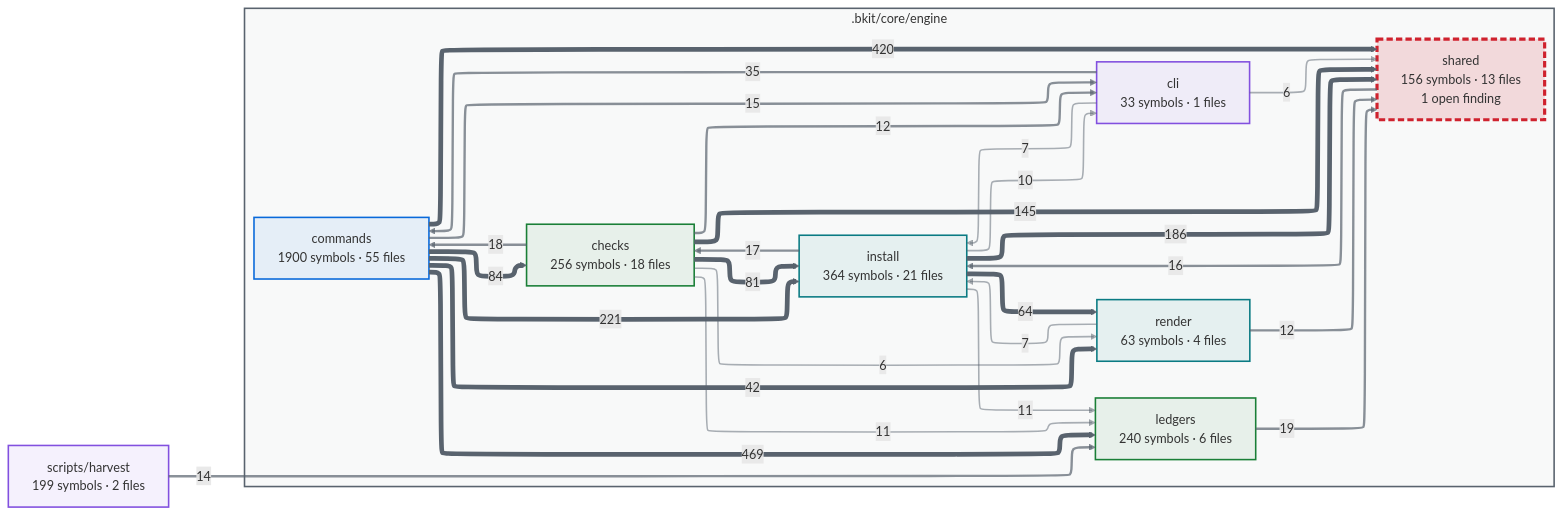
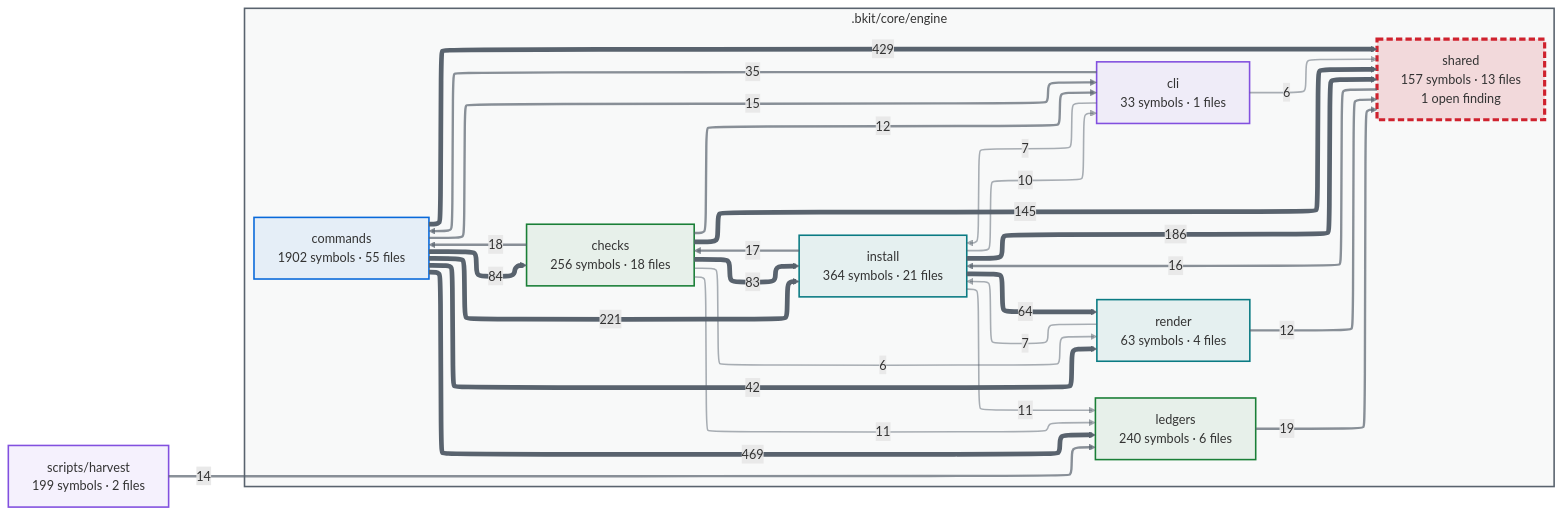
Before and after one commit to cbartens/bkit: the first of 2 diagrams in docs/capabilities.md, drawn with Mermaid. The commit also changed other lines of this file and 44 other files, not shown here.

````diff
--- a/docs/capabilities.md
+++ b/docs/capabilities.md
@@ -154,80 +154,80 @@
 ```mermaid
 ---
 config:
   layout: elk
   themeCSS: "marker { overflow: visible; } marker path { transform: scale(1.8); transform-origin: 5px 5px; }"
   flowchart:
     useMaxWidth: false
 ---
 flowchart LR
   %% Generated by bkit-graphify-rollup.py — do not edit
   subgraph gn_bkit_core_engine[".bkit/core/engine"]
     n_bkit_core_engine_checks["checks<br/>256 symbols · 18 files"]
     n_bkit_core_engine_cli["cli<br/>33 symbols · 1 files"]
-    n_bkit_core_engine_commands["commands<br/>1900 symbols · 55 files"]
+    n_bkit_core_engine_commands["commands<br/>1902 symbols · 55 files"]
     n_bkit_core_engine_install["install<br/>364 symbols · 21 files"]
     n_bkit_core_engine_ledgers["ledgers<br/>240 symbols · 6 files"]
     n_bkit_core_engine_render["render<br/>63 symbols · 4 files"]
-    n_bkit_core_engine_shared["shared<br/>156 symbols · 13 files<br/>1 open finding"]
+    n_bkit_core_engine_shared["shared<br/>157 symbols · 13 files<br/>1 open finding"]
   end
   nscripts_harvest["scripts/harvest<br/>199 symbols · 2 files"]
   n_bkit_core_engine_commands -->|469| n_bkit_core_engine_ledgers
-  n_bkit_core_engine_commands -->|420| n_bkit_core_engine_shared
+  n_bkit_core_engine_commands -->|429| n_bkit_core_engine_shared
   n_bkit_core_engine_commands -->|221| n_bkit_core_engine_install
   n_bkit_core_engine_install -->|186| n_bkit_core_engine_shared
   n_bkit_core_engine_checks -->|145| n_bkit_core_engine_shared
   n_bkit_core_engine_commands -->|84| n_bkit_core_engine_checks
-  n_bkit_core_engine_checks -->|81| n_bkit_core_engine_install
+  n_bkit_core_engine_checks -->|83| n_bkit_core_engine_install
   n_bkit_core_engine_install -->|64| n_bkit_core_engine_render
   n_bkit_core_engine_commands -->|42| n_bkit_core_engine_render
   n_bkit_core_engine_cli -->|35| n_bkit_core_engine_commands
   n_bkit_core_engine_ledgers -->|19| n_bkit_core_engine_shared
   n_bkit_core_engine_checks -->|18| n_bkit_core_engine_commands
   n_bkit_core_engine_install -->|17| n_bkit_core_engine_checks
   n_bkit_core_engine_shared -->|16| n_bkit_core_engine_install
   n_bkit_core_engine_commands -->|15| n_bkit_core_engine_cli
   nscripts_harvest -->|14| n_bkit_core_engine_ledgers
   n_bkit_core_engine_checks -->|12| n_bkit_core_engine_cli
   n_bkit_core_engine_render -->|12| n_bkit_core_engine_shared
   n_bkit_core_engine_checks -->|11| n_bkit_core_engine_ledgers
   n_bkit_core_engine_install -->|11| n_bkit_core_engine_ledgers
   n_bkit_core_engine_install -->|10| n_bkit_core_engine_cli
   n_bkit_core_engine_cli -->|7| n_bkit_core_engine_install
   n_bkit_core_engine_render -->|7| n_bkit_core_engine_install
   n_bkit_core_engine_checks -->|6| n_bkit_core_engine_render
   n_bkit_core_engine_cli -->|6| n_bkit_core_engine_shared
   style gn_bkit_core_engine fill:#59636e0a,stroke:#59636e,stroke-width:2px
   style n_bkit_core_engine_checks stroke:#1a7f37,stroke-width:2px,fill:#1a7f3714
   style n_bkit_core_engine_cli stroke:#8250df,stroke-width:2px,fill:#8250df14
   style n_bkit_core_engine_commands stroke:#0969da,stroke-width:2px,fill:#0969da14
   style n_bkit_core_engine_install stroke:#0a7b83,stroke-width:2px,fill:#0a7b8314
   style n_bkit_core_engine_ledgers stroke:#1a7f37,stroke-width:2px,fill:#1a7f3714
   style n_bkit_core_engine_render stroke:#0a7b83,stroke-width:2px,fill:#0a7b8314
   style n_bkit_core_engine_shared stroke:#cf222e,stroke-width:4px,stroke-dasharray:8 4,fill:#cf222e26
   style nscripts_harvest stroke:#8250df,stroke-width:2px,fill:#8250df14
   linkStyle 0 stroke:#59636e,stroke-width:6px
   linkStyle 1 stroke:#59636e,stroke-width:6px
   linkStyle 2 stroke:#59636e,stroke-width:6px
   linkStyle 3 stroke:#59636e,stroke-width:6px
   linkStyle 4 stroke:#59636e,stroke-width:6px
   linkStyle 5 stroke:#59636e,stroke-width:6px
   linkStyle 6 stroke:#59636e,stroke-width:6px
   linkStyle 7 stroke:#59636e,stroke-width:6px
   linkStyle 8 stroke:#59636e,stroke-width:6px
   linkStyle 9 stroke:#59636eb3,stroke-width:3px
   linkStyle 10 stroke:#59636eb3,stroke-width:3px
   linkStyle 11 stroke:#59636eb3,stroke-width:3px
   linkStyle 12 stroke:#59636eb3,stroke-width:3px
   linkStyle 13 stroke:#59636eb3,stroke-width:3px
   linkStyle 14 stroke:#59636eb3,stroke-width:3px
   linkStyle 15 stroke:#59636eb3,stroke-width:3px
   linkStyle 16 stroke:#59636eb3,stroke-width:3px
   linkStyle 17 stroke:#59636eb3,stroke-width:3px
   linkStyle 18 stroke:#59636e80,stroke-width:2px
   linkStyle 19 stroke:#59636e80,stroke-width:2px
   linkStyle 20 stroke:#59636e80,stroke-width:2px
   linkStyle 21 stroke:#59636e80,stroke-width:2px
   linkStyle 22 stroke:#59636e80,stroke-width:2px
   linkStyle 23 stroke:#59636e80,stroke-width:2px
   linkStyle 24 stroke:#59636e80,stroke-width:2px
 ```
````
